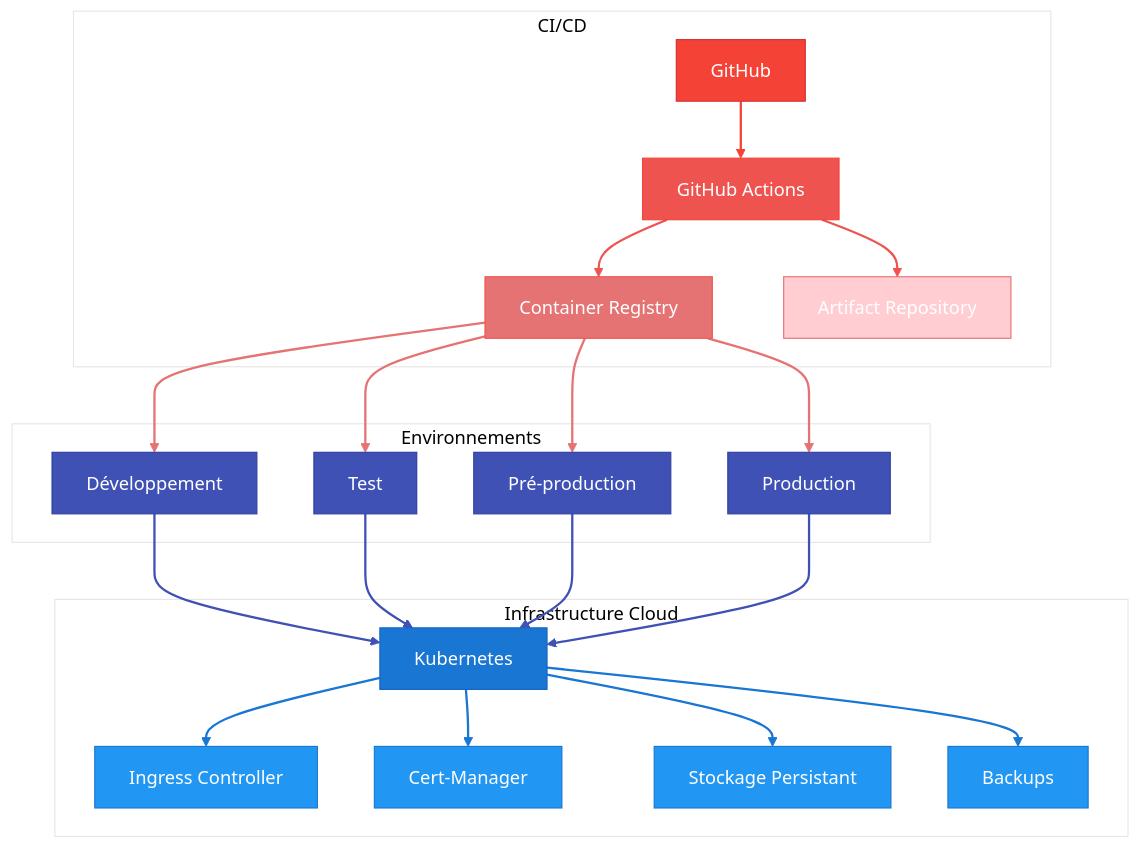
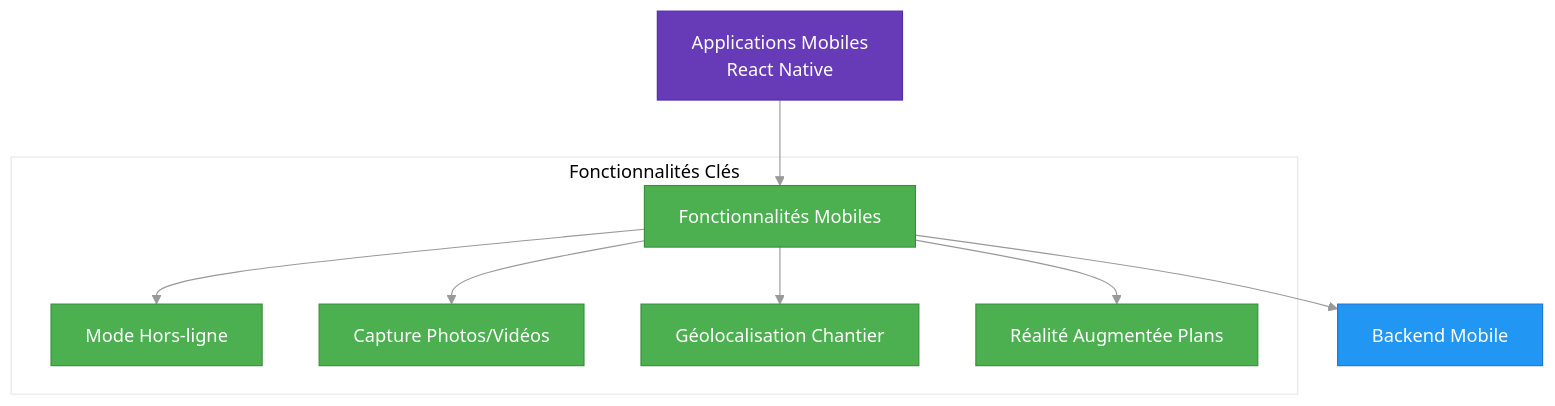
One commit to MacroMan5/project_a3e_beta changed the seventh of 11 diagrams in project/4_technical_architecture/STACK_TECHNIQUE.md. Above: the diagram before and after it, drawn with Mermaid. The commit also changed other lines of this file and 23 other files, not shown here.

````diff
--- a/project/4_technical_architecture/STACK_TECHNIQUE.md
+++ b/project/4_technical_architecture/STACK_TECHNIQUE.md
@@ -633,68 +362,21 @@
 ```mermaid
 %%{init: {'theme': 'base', 'themeVariables': { 'primaryColor': '#f5f5f5', 'lineColor': '#999'}}}%%
 graph TD
-    classDef git fill:#F44336,stroke:#D32F2F,color:white
-    classDef ci fill:#EF5350,stroke:#F44336,color:white
-    classDef registry fill:#E57373,stroke:#EF5350,color:white
-    classDef artifact fill:#FFCDD2,stroke:#E57373,color:white
-    classDef env fill:#3F51B5,stroke:#303F9F,color:white
-    classDef k8s fill:#1976D2,stroke:#1565C0,color:white
-    classDef infra fill:#2196F3,stroke:#1976D2,color:white
+    classDef core fill:#673AB7,stroke:#512DA8,color:white
+    classDef features fill:#4CAF50,stroke:#388E3C,color:white
+    classDef backend fill:#2196F3,stroke:#1976D2,color:white
 
-    subgraph "CI/CD"
-        Git[GitHub]
-        CI[GitHub Actions]
-        Registry[Container Registry]
-        Artifact[Artifact Repository]
+    Mobile[Applications Mobiles<br/>React Native] --> Features[Fonctionnalités Mobiles]
+    Features --> Backend[Backend Mobile]
+    
+    subgraph "Fonctionnalités Clés"
+        Features --> Offline[Mode Hors-ligne]
+        Features --> Camera[Capture Photos/Vidéos]
+        Features --> GPS[Géolocalisation Chantier]
+        Features --> AR[Réalité Augmentée Plans]
     end
     
-    subgraph "Environnements"
-        Dev[Développement]
-        Test[Test]
-        Staging[Pré-production]
-        Prod[Production]
-    end
-    
-    subgraph "Infrastructure Cloud"
-        K8s[Kubernetes]
-        Ingress[Ingress Controller]
-        Cert[Cert-Manager]
-        Storage[Stockage Persistant]
-        Backup[Backups]
-    end
-    
-    Git --> CI
-    CI --> Registry
-    CI --> Artifact
-    
-    Registry --> Dev
-    Registry --> Test
-    Registry --> Staging
-    Registry --> Prod
-    
-    Dev --> K8s
-    Test --> K8s
-    Staging --> K8s
-    Prod --> K8s
-    
-    K8s --> Ingress
-    K8s --> Cert
-    K8s --> Storage
-    K8s --> Backup
-    
-    %% Apply classes
-    class Git git
-    class CI ci
-    class Registry registry
-    class Artifact artifact
-    class Dev,Test,Staging,Prod env
-    class K8s k8s
-    class Ingress,Cert,Storage,Backup infra
-    
-    %% Link styling
-    linkStyle 0 stroke:#F44336,stroke-width:2px
-    linkStyle 1,2 stroke:#EF5350,stroke-width:2px
-    linkStyle 3,4,5,6 stroke:#E57373,stroke-width:2px
-    linkStyle 7,8,9,10 stroke:#3F51B5,stroke-width:2px
-    linkStyle 11,12,13,14 stroke:#1976D2,stroke-width:2px
+    class Mobile core
+    class Features,Offline,Camera,GPS,AR features
+    class Backend backend
 ```
````
